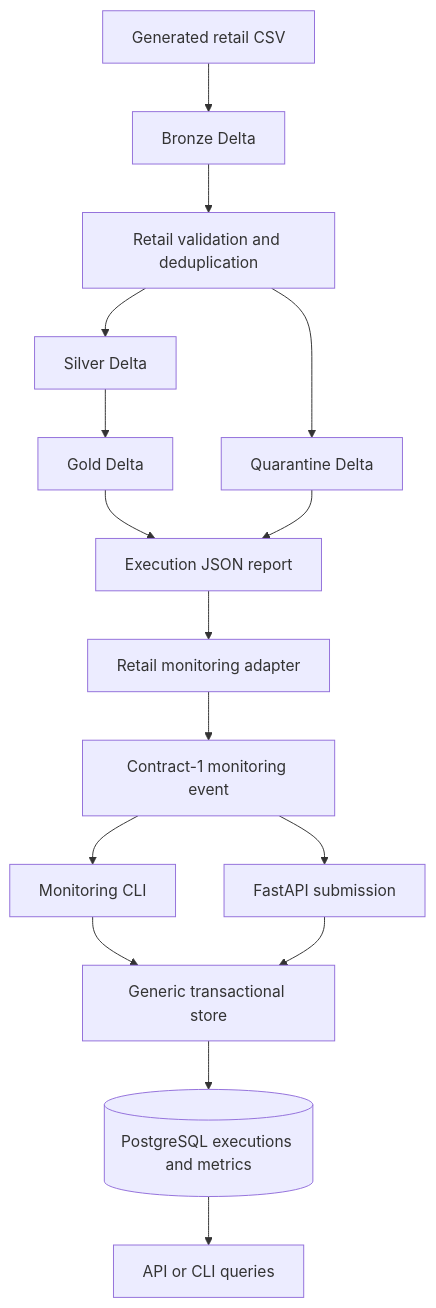
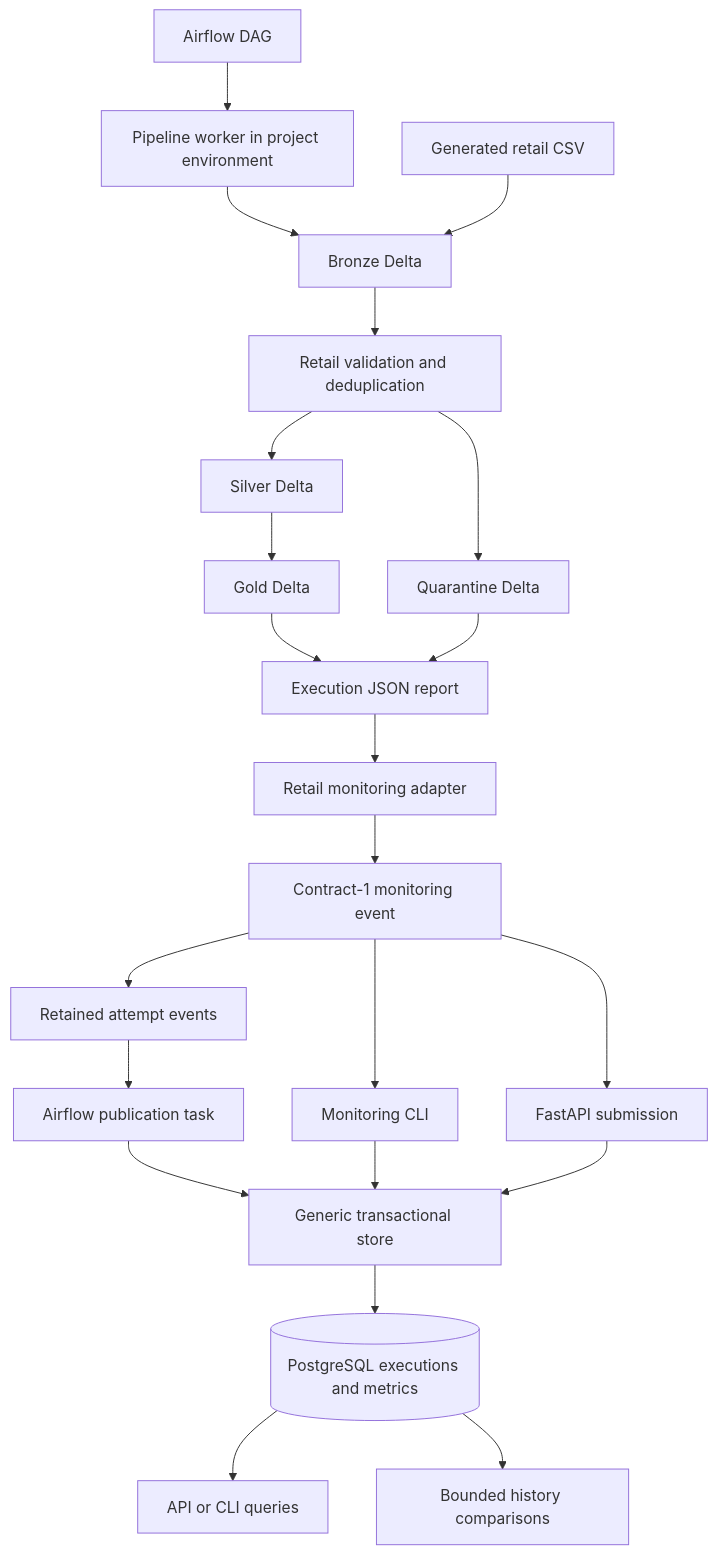
Before and after one commit to janjua321/pipelineIq: the diagram in docs/architecture.md, drawn with Mermaid. The commit also changed other lines of this file and 10 other files, not shown here.

Commit message:
Complete Milestone B with versioned execution history comparisons

````diff
--- a/docs/architecture.md
+++ b/docs/architecture.md
@@ -3,18 +3,24 @@
 ```mermaid
 flowchart TD
-    Source[Generated retail CSV] --> Bronze[Bronze Delta]
+    DAG[Airflow DAG] --> Worker[Pipeline worker in project environment]
+    Worker --> Bronze[Bronze Delta]
+    Source[Generated retail CSV] --> Bronze
     Bronze --> Validate[Retail validation and deduplication]
     Validate --> Silver[Silver Delta]
     Validate --> Quarantine[Quarantine Delta]
     Silver --> Gold[Gold Delta]
     Gold --> Report[Execution JSON report]
     Quarantine --> Report
     Report --> Adapter[Retail monitoring adapter]
     Adapter --> Event[Contract-1 monitoring event]
+    Event --> Outbox[Retained attempt events]
+    Outbox --> Publisher[Airflow publication task]
+    Publisher --> Store[Generic transactional store]
     Event --> CLI[Monitoring CLI]
     Event --> API[FastAPI submission]
     CLI --> Store[Generic transactional store]
     API --> Store
     Store --> PG[(PostgreSQL executions and metrics)]
     PG --> Query[API or CLI queries]
+    PG --> History[Bounded history comparisons]
 ```
````
